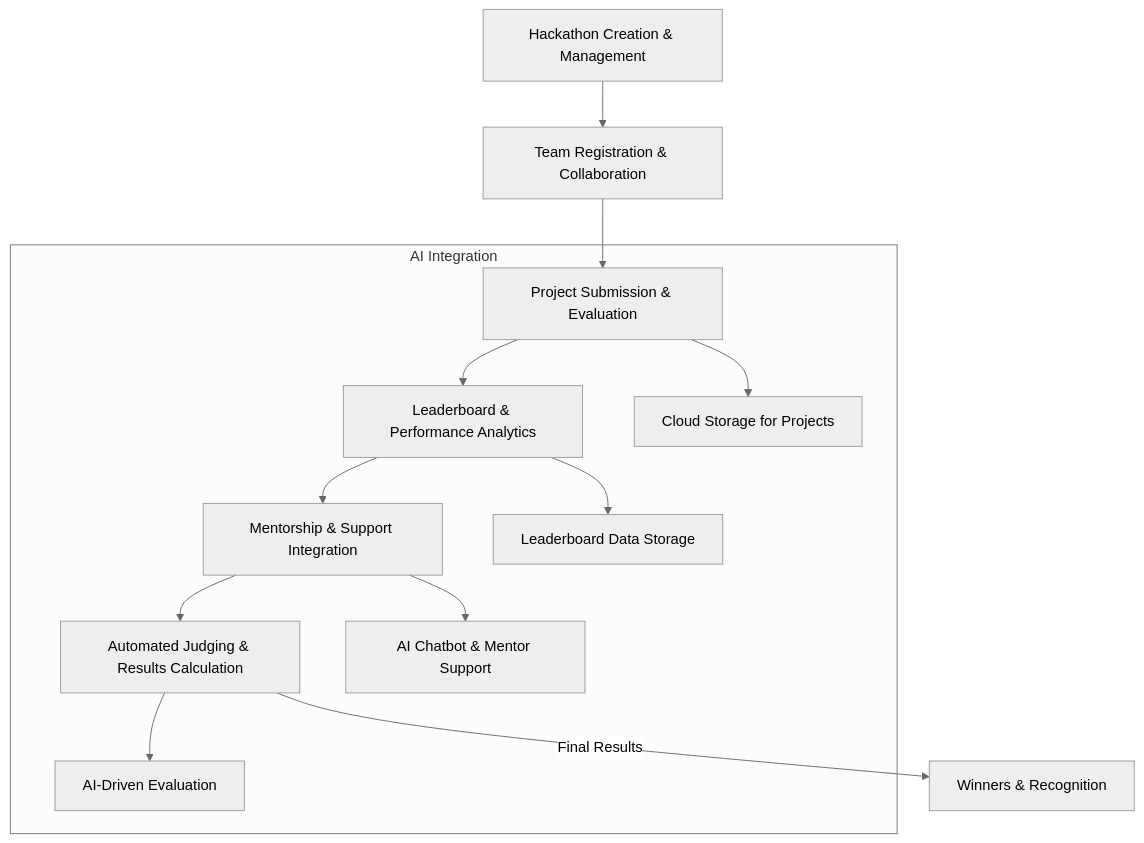
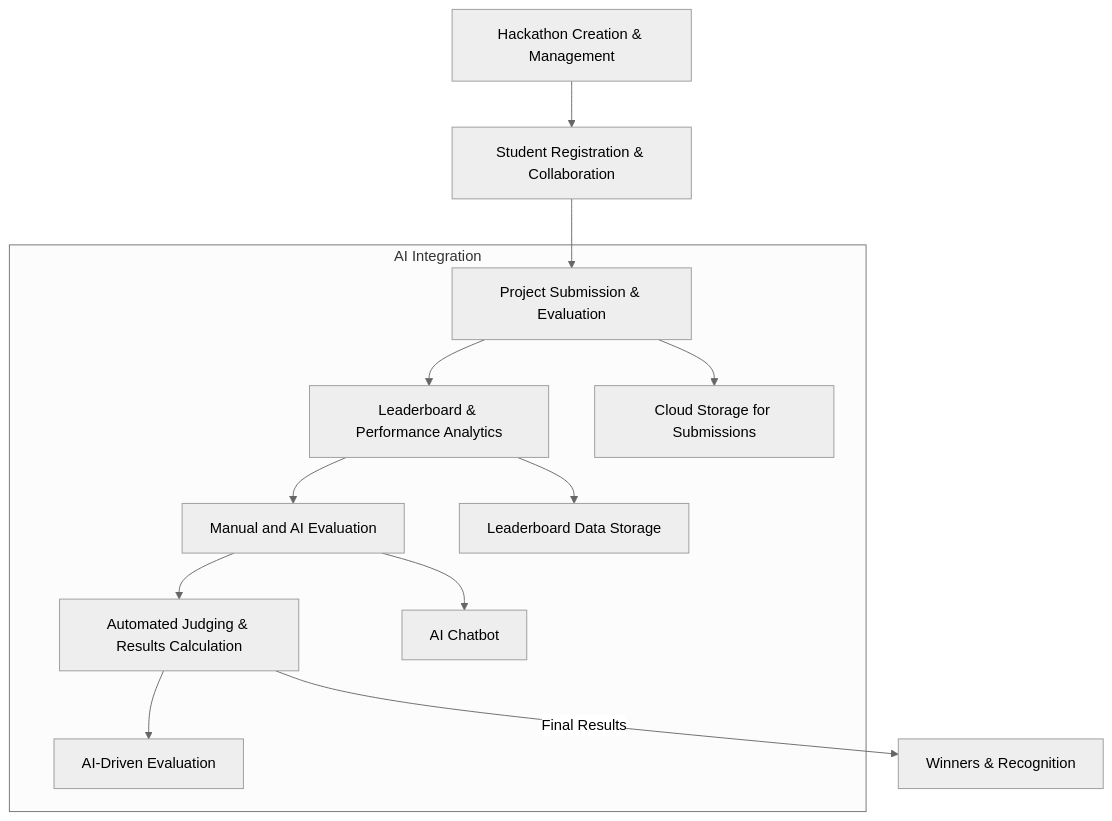
The first of 2 diagrams in README.md (Yasharya007/Hackalyze), drawn with Mermaid (neutral theme) before and after one commit.

````diff
--- a/README.md
+++ b/README.md
@@ -13,16 +13,16 @@
 ```mermaid
 graph TD;
-    A[Hackathon Creation & Management] --> B[Team Registration & Collaboration]
+    A[Hackathon Creation & Management] --> B[Student Registration & Collaboration]
     B --> C[Project Submission & Evaluation]
     C --> D[Leaderboard & Performance Analytics]
-    D --> E[Mentorship & Support Integration]
+    D --> E[Manual and AI Evaluation]
     E --> F[Automated Judging & Results Calculation]
     F -->|Final Results| G[Winners & Recognition]
     
     subgraph AI  Integration
-      E --> AI[AI Chatbot & Mentor Support]
+      E --> AI[AI Chatbot]
       F --> ML[AI-Driven Evaluation]
-      C --> S3[Cloud Storage for Projects]
+      C --> S3[Cloud Storage for Submissions]
       D --> DB[Leaderboard Data Storage]
     end
 ```
````
